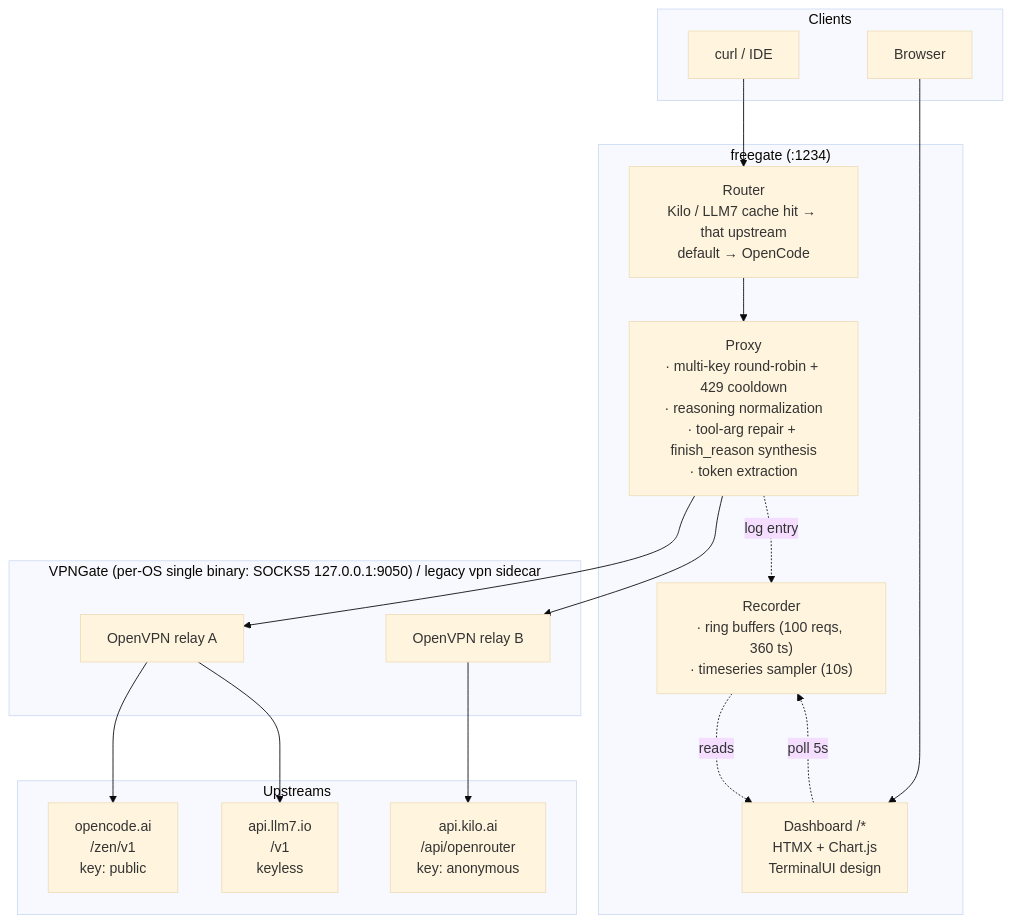
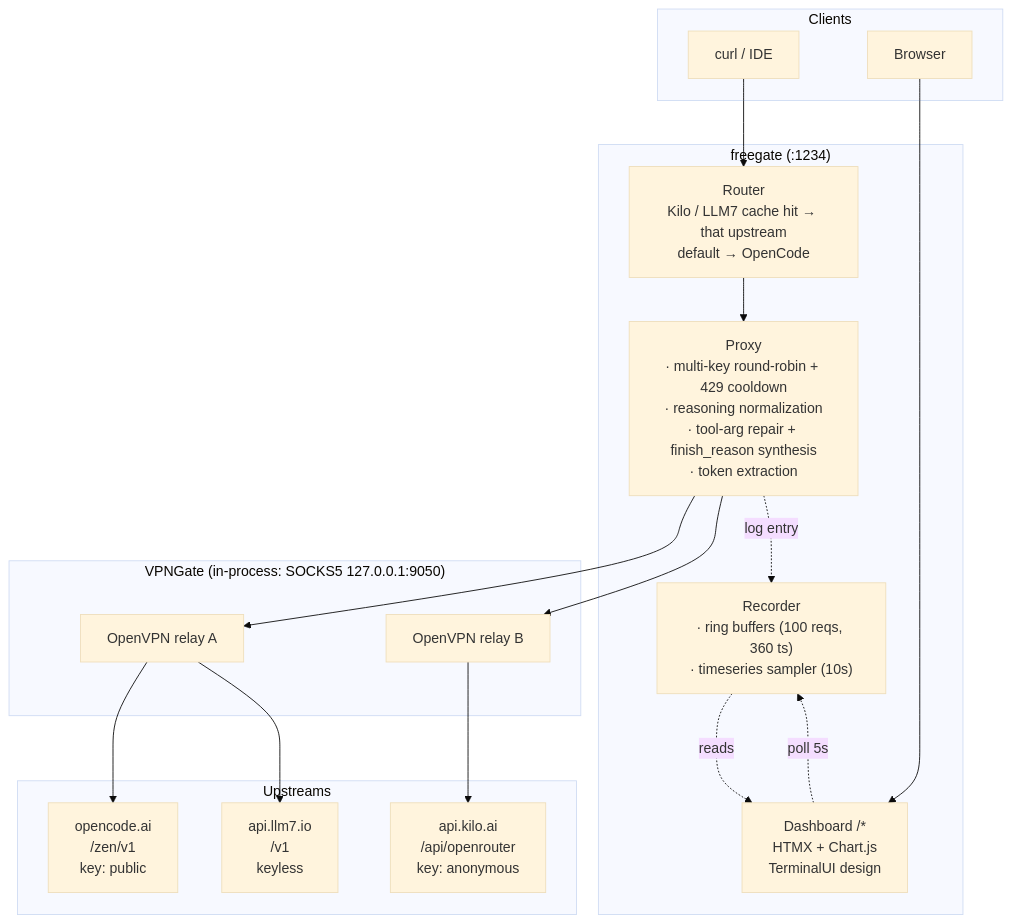
Before and after one commit to nofendian17/freegate: the diagram in README.md, drawn with Mermaid (base theme). The commit also changed other lines of this file and 16 other files, not shown here.

Commit message:
refactor: drop vpn sidecar, DTOs live with supervisor

````diff
--- a/README.md
+++ b/README.md
@@ -243,37 +241,37 @@
 ```mermaid
 flowchart TB
     subgraph Clients["Clients"]
         CLI["curl / IDE"]
         Browser["Browser"]
     end
 
     subgraph Freegate["freegate (:1234)"]
         Router["Router<br/>Kilo / LLM7 cache hit → that upstream<br/>default → OpenCode"]
         Proxy["Proxy<br/>· multi-key round-robin + 429 cooldown<br/>· reasoning normalization<br/>· tool-arg repair + finish_reason synthesis<br/>· token extraction"]
         Dashboard["Dashboard /*<br/>HTMX + Chart.js<br/>TerminalUI design"]
         Recorder["Recorder<br/>· ring buffers (100 reqs, 360 ts)<br/>· timeseries sampler (10s)"]
     end
 
-    subgraph VPN["VPNGate (per-OS single binary: SOCKS5 127.0.0.1:9050) / legacy vpn sidecar"]
+    subgraph VPN["VPNGate (in-process: SOCKS5 127.0.0.1:9050)"]
         S1["OpenVPN relay A"]
         S2["OpenVPN relay B"]
     end
 
     subgraph Upstreams["Upstreams"]
         OC["opencode.ai<br/>/zen/v1<br/>key: public"]
         Kilo["api.kilo.ai<br/>/api/openrouter<br/>key: anonymous"]
         LLM7["api.llm7.io<br/>/v1<br/>keyless"]
     end
 
     CLI --> Router
     Router --> Proxy
     Proxy --> S1
     Proxy --> S2
     S1 --> OC
     S2 --> Kilo
     S1 --> LLM7
     Proxy -.->|"log entry"| Recorder
     Recorder -.->|"reads"| Dashboard
     Browser --> Dashboard
     Dashboard -.->|"poll 5s"| Recorder
 ```
````
